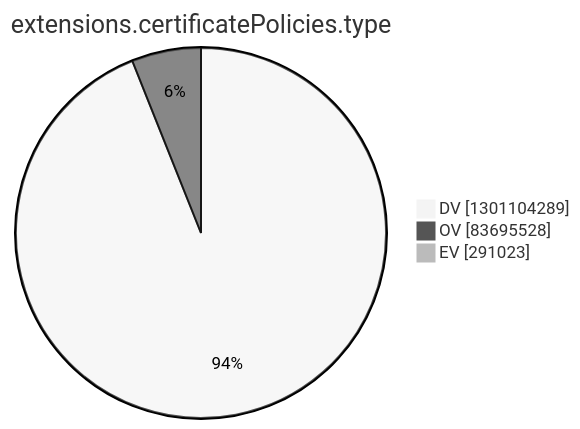
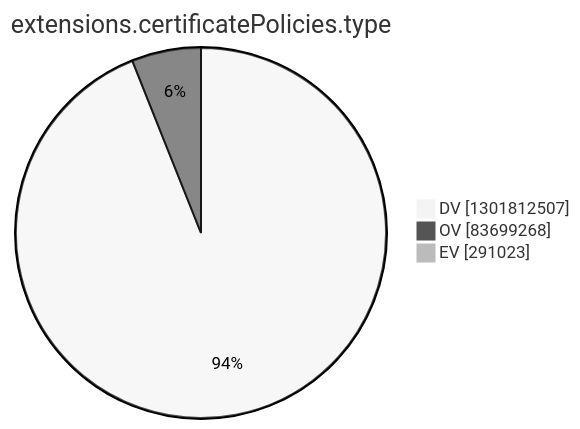
One commit to christiankrug/ctmonitor_visualization changed the tenth of 15 diagrams in argon2022/README.md. Above: the diagram before and after it, drawn with Mermaid (neutral theme). The commit also changed other lines of this file, not shown here.

````diff
--- a/argon2022/README.md
+++ b/argon2022/README.md
@@ -2772,7 +2772,7 @@
 ```mermaid
 pie showData
 title extensions.certificatePolicies.type
-"DV" :1301104289
-"OV" :83695528
+"DV" :1301812507
+"OV" :83699268
 "EV" :291023
 ```
````
